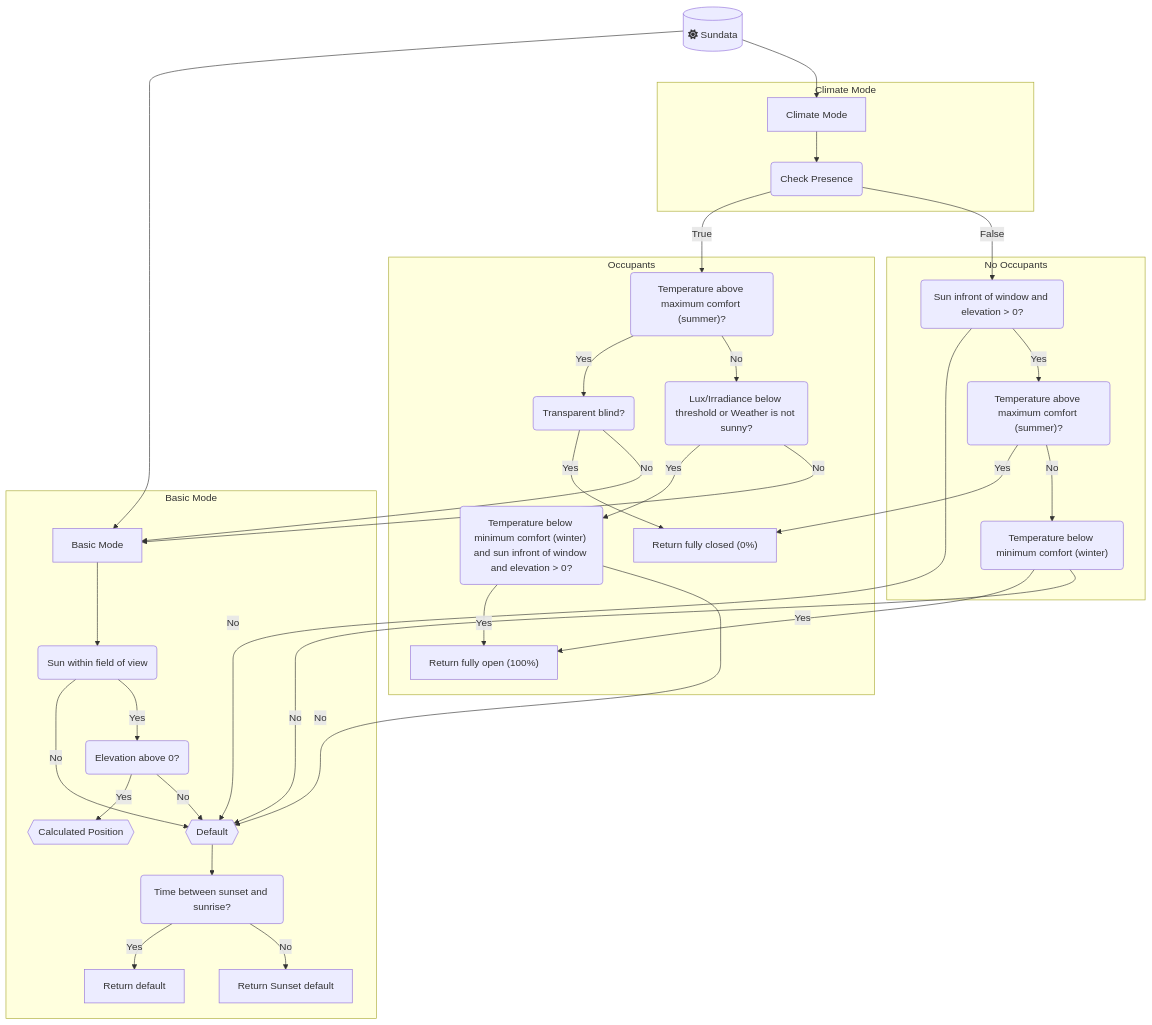
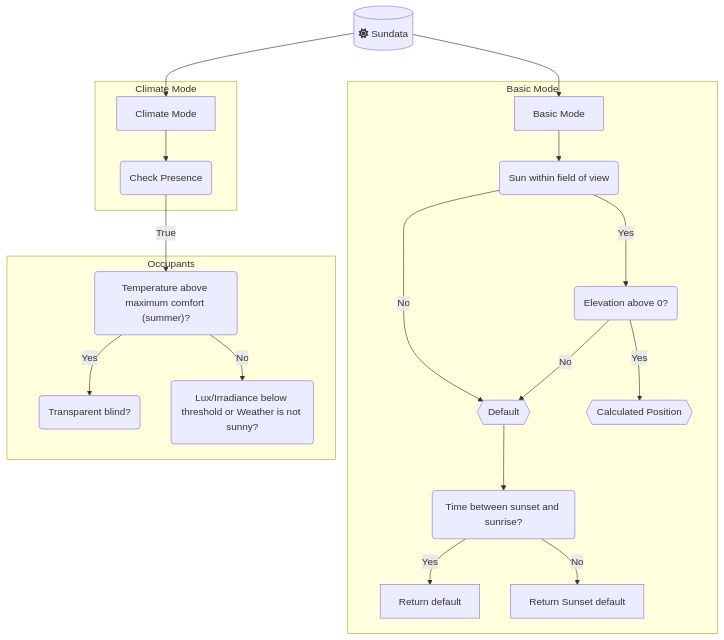
Before and after one commit to disruptivepatternmaterial/adaptive-cover: the diagram in README.md, drawn with Mermaid. The commit also changed other lines of this file and 1 other file, not shown here.

````diff
--- a/README.md
+++ b/README.md
@@ -92,50 +112,31 @@
 ```mermaid
   graph TD
 
   A[("fa:fa-sun Sundata")]
   A --> B["Basic Mode"]
   A --> C["Climate Mode"]
 
   subgraph "Basic Mode"
       B --> BA("Sun within field of view")
 
       BA --> |No| BC{{Default}}
       BC --> BE("Time between sunset and sunrise?")
       BE --> |Yes| BF["Return default"]
       BE --> |No| BG["Return Sunset default"]
 
       BA --> |Yes| BD("Elevation above 0?")
       BD --> |Yes| BH{{"Calculated Position"}}
       BD --> |No| BC
   end
 
   subgraph "Climate Mode"
       C --> CA("Check Presence")
   end
 
   subgraph "Occupants"
       CA --> |True| CB("Temperature above maximum comfort (summer)?")
 
       CB --> |Yes| CD("Transparent blind?")
       CB --> |No| CE("Lux/Irradiance below threshold or Weather is not sunny?")
-
-      CD --> |Yes| CF["Return fully closed (0%)"]
-      CD --> |No| B
-
-      CE --> |Yes| CG("Temperature below minimum comfort (winter) and sun infront of window and elevation > 0?")
-      CE --> |No| B
-
-      CG --> |Yes| CH["Return fully open (100%)"]
-      CG --> |No| BC
-  end
-
-  subgraph "No Occupants"
-      CA --> |False| CC("Sun infront of window and elevation > 0?")
-      CC --> |No| BC
-      CC --> |Yes| CI("Temperature above maximum comfort (summer)?")
-      CI --> |Yes| CF
-      CI --> |No| CJ("Temperature below minimum comfort (winter)")
-      CJ --> |Yes| CH
-      CJ --> |No| BC
   end
 ```
````
